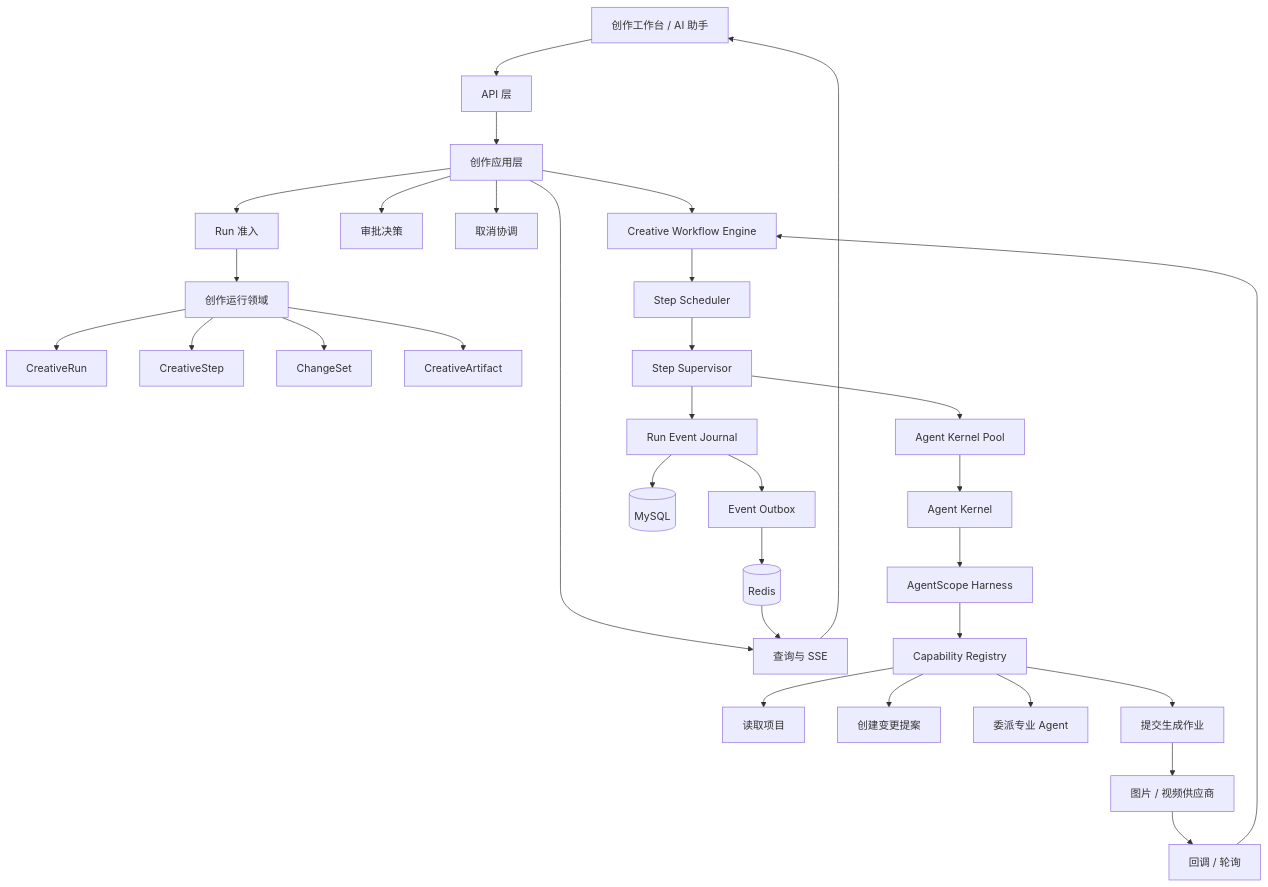
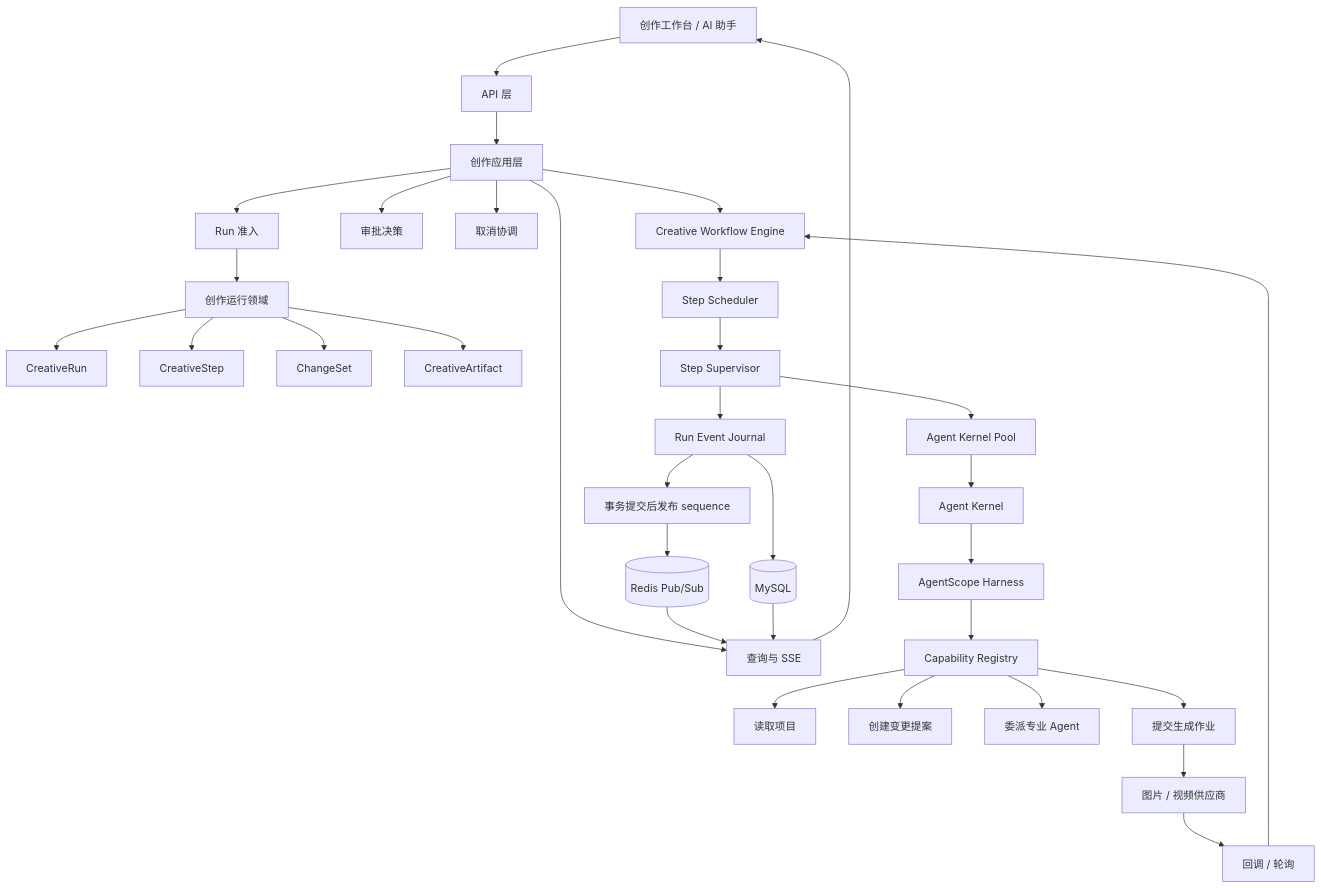
One commit to rosevvi/Manga changed the first of 6 diagrams in docs/architecture/manga-ai-creation-platform-design.md. Above: the diagram before and after it, drawn with Mermaid. The commit also changed other lines of this file and 25 other files, not shown here.

First line of the commit message:
refactor: 使用 Redis Pub/Sub 重构创作事件唤醒

````diff
--- a/docs/architecture/manga-ai-creation-platform-design.md
+++ b/docs/architecture/manga-ai-creation-platform-design.md
@@ -157,41 +157,42 @@
 ```mermaid
 flowchart TB
     UI[创作工作台 / AI 助手] --> API[API 层]
 
     API --> APP[创作应用层]
     APP --> ADMISSION[Run 准入]
     APP --> QUERY[查询与 SSE]
     APP --> APPROVAL[审批决策]
     APP --> CANCEL[取消协调]
 
     ADMISSION --> DOMAIN[创作运行领域]
     DOMAIN --> RUN[CreativeRun]
     DOMAIN --> STEP[CreativeStep]
     DOMAIN --> CHANGE[ChangeSet]
     DOMAIN --> ARTIFACT[CreativeArtifact]
 
     APP --> ENGINE[Creative Workflow Engine]
     ENGINE --> SCHEDULER[Step Scheduler]
     SCHEDULER --> SUPERVISOR[Step Supervisor]
 
     SUPERVISOR --> POOL[Agent Kernel Pool]
     POOL --> KERNEL[Agent Kernel]
     KERNEL --> HARNESS[AgentScope Harness]
 
     HARNESS --> CAP[Capability Registry]
     CAP --> READ[读取项目]
     CAP --> PROPOSE[创建变更提案]
     CAP --> DELEGATE[委派专业 Agent]
     CAP --> GEN[提交生成作业]
 
     SUPERVISOR --> JOURNAL[Run Event Journal]
     JOURNAL --> MYSQL[(MySQL)]
-    JOURNAL --> OUTBOX[Event Outbox]
-    OUTBOX --> REDIS[(Redis)]
+    JOURNAL --> SIGNAL[事务提交后发布 sequence]
+    SIGNAL --> REDIS[(Redis Pub/Sub)]
     REDIS --> QUERY
+    MYSQL --> QUERY
     QUERY --> UI
 
     GEN --> PROVIDER[图片 / 视频供应商]
     PROVIDER --> JOBSYNC[回调 / 轮询]
     JOBSYNC --> ENGINE
 ```
````
